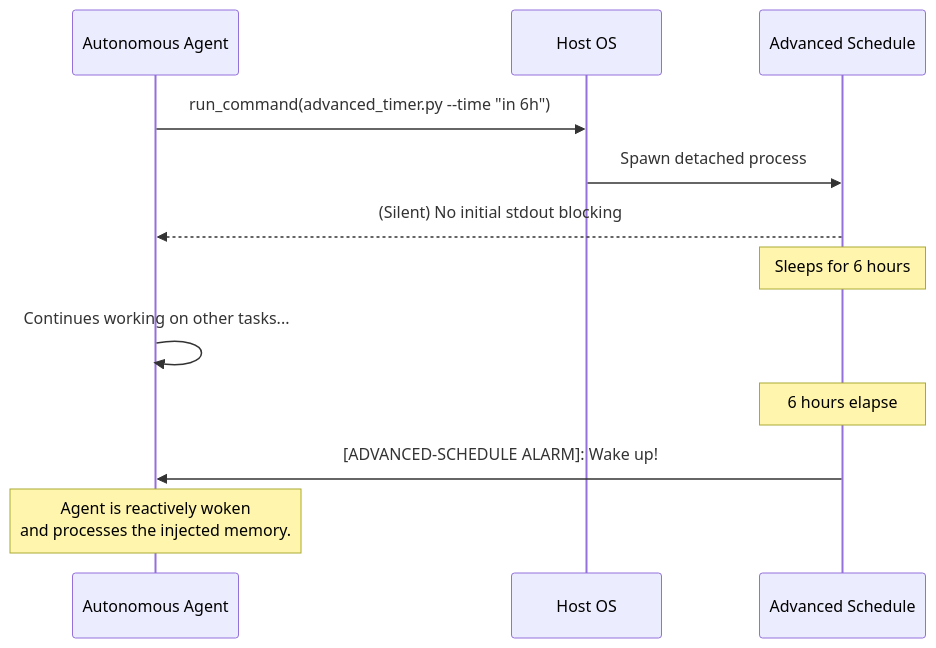
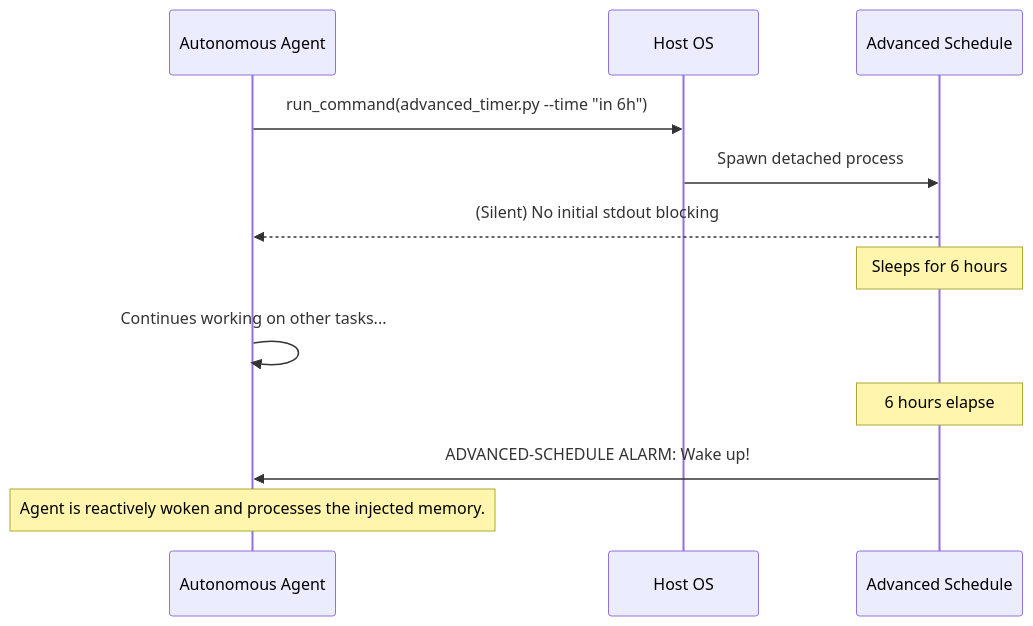
Before and after one commit to axtontc/Advanced-Scheduler: the diagram in README.md, drawn with Mermaid.

Commit message:
Fix mermaid diagram syntax

````diff
--- a/README.md
+++ b/README.md
@@ -37,15 +37,15 @@
 ```mermaid
 sequenceDiagram
     participant Agent as Autonomous Agent
     participant OS as Host OS
     participant Daemon as Advanced Schedule
 
     Agent->>OS: run_command(advanced_timer.py --time "in 6h")
     OS->>Daemon: Spawn detached process
     Daemon-->>Agent: (Silent) No initial stdout blocking
     Note over Daemon: Sleeps for 6 hours
     Agent->>Agent: Continues working on other tasks...
     Note over Daemon: 6 hours elapse
-    Daemon->>Agent: [ADVANCED-SCHEDULE ALARM]: Wake up!
-    Note over Agent: Agent is reactively woken<br/>and processes the injected memory.
+    Daemon->>Agent: ADVANCED-SCHEDULE ALARM: Wake up!
+    Note over Agent: Agent is reactively woken and processes the injected memory.
 ```
````
